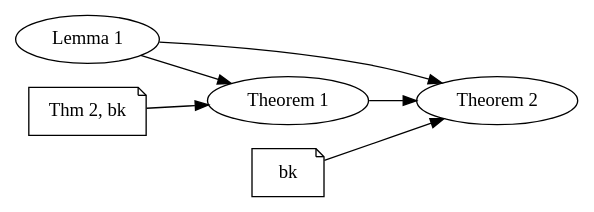
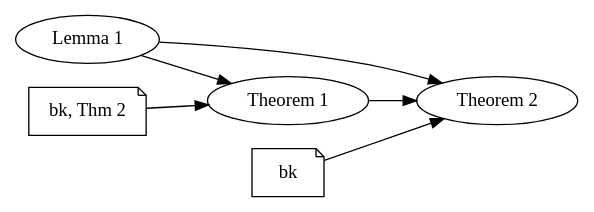
Before and after one commit to PierreSenellart/proofgraph: the diagram in examples/statements/reference.dot, drawn with Graphviz. The commit also changed 20 other files, not shown here.

```diff
--- a/examples/statements/reference.dot
+++ b/examples/statements/reference.dot
@@ -1,13 +1,13 @@
 digraph proofgraph {
   rankdir="LR";
   "n3" [label="Theorem 2"];
   "n2" [label="Theorem 1"];
   "n1" [label="Lemma 1"];
   "n1" -> "n2";
-  "c@1" [label="Thm 2, bk",shape=note];
+  "c@1" [label="bk, Thm 2",shape=note];
   "c@1" -> "n2";
   "n2" -> "n3";
   "c@2" [label="bk",shape=note];
   "c@2" -> "n3";
   "n1" -> "n3";
 }
```
